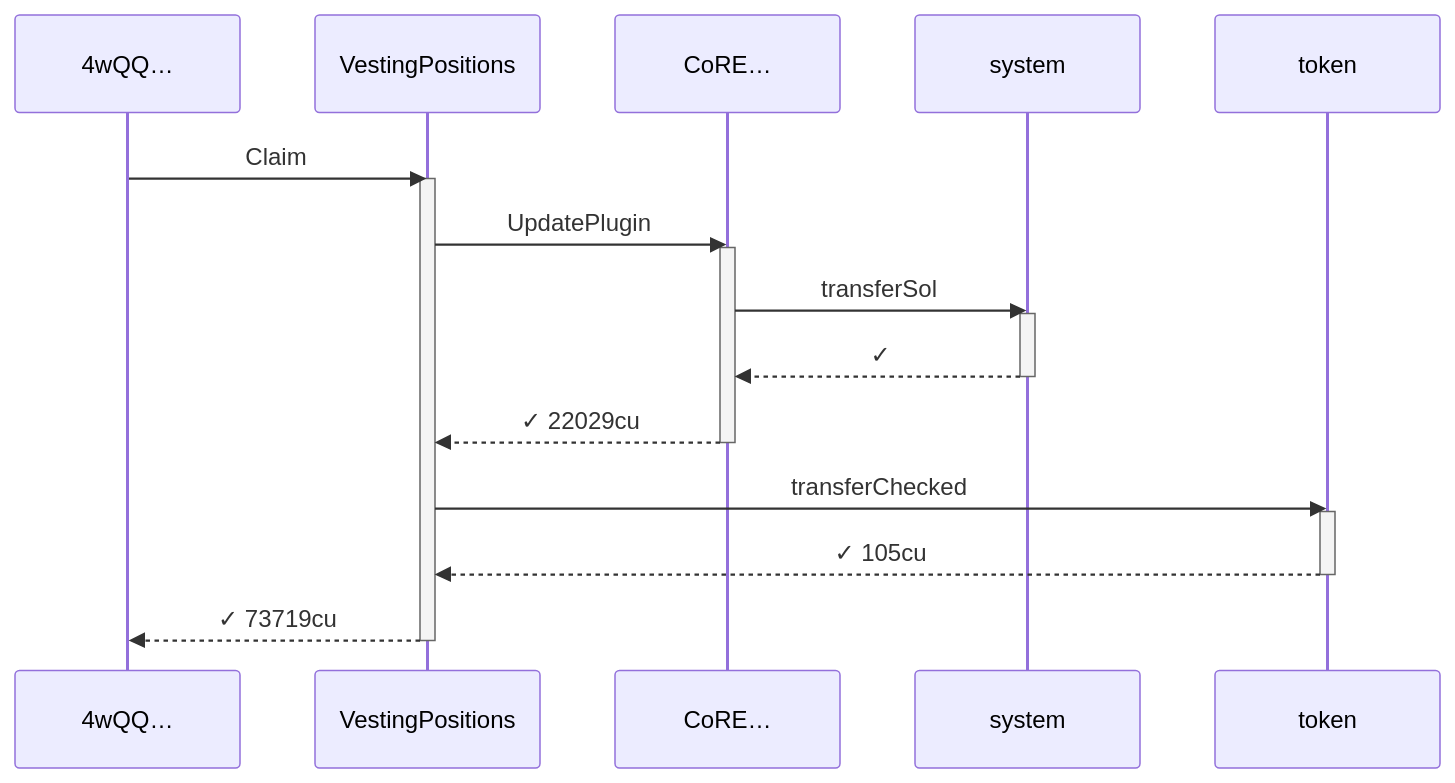
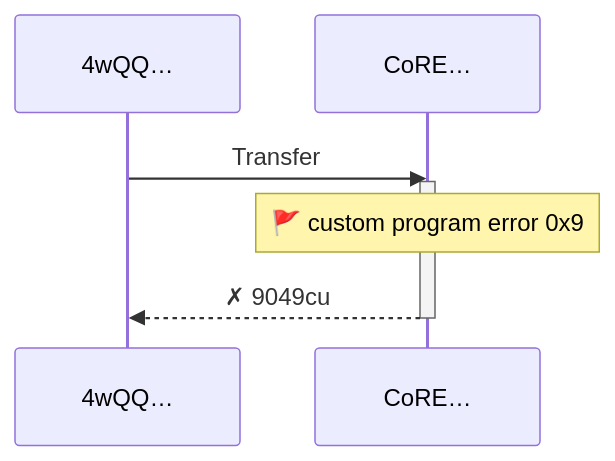
Before and after one commit to cds-turbin3/vesting-position: the first of 3 diagrams in babelfish-tests/test-report/fully_claimed_loyalty_badge_is_permanently_frozen.md, drawn with Mermaid. The commit also changed other lines of this file and 50 other files, not shown here.

````diff
--- a/babelfish-tests/test-report/fully_claimed_loyalty_badge_is_permanently_frozen.md
+++ b/babelfish-tests/test-report/fully_claimed_loyalty_badge_is_permanently_frozen.md
@@ -5,24 +5,10 @@
 ```mermaid
 sequenceDiagram
     participant p0 as 4wQQ…
-    participant p1 as VestingPositions
-    participant p2 as CoRE…
-    participant p3 as system
-    participant p4 as token
-    p0->>p1: Claim
+    participant p1 as CoRE…
+    p0->>p1: Transfer
     activate p1
-    p1->>p2: UpdatePlugin
-    activate p2
-    p2->>p3: transferSol
-    activate p3
-    p3-->>p2: ✓
-    deactivate p3
-    p2-->>p1: ✓ 22029cu
-    deactivate p2
-    p1->>p4: transferChecked
-    activate p4
-    p4-->>p1: ✓ 105cu
-    deactivate p4
-    p1-->>p0: ✓ 73719cu
+    note over p1: 🚩 custom program error  0x9
+    p1-->>p0: ✗ 9049cu
     deactivate p1
 ```
````
